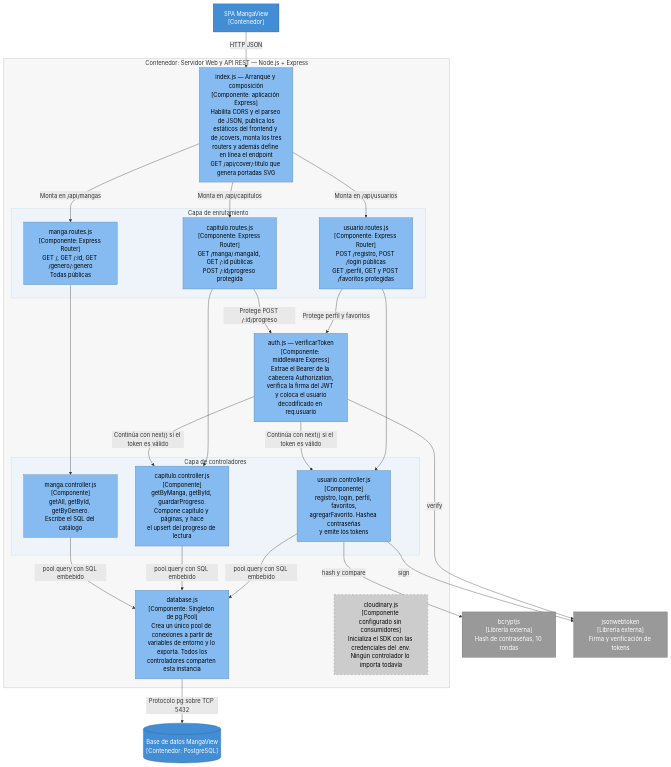
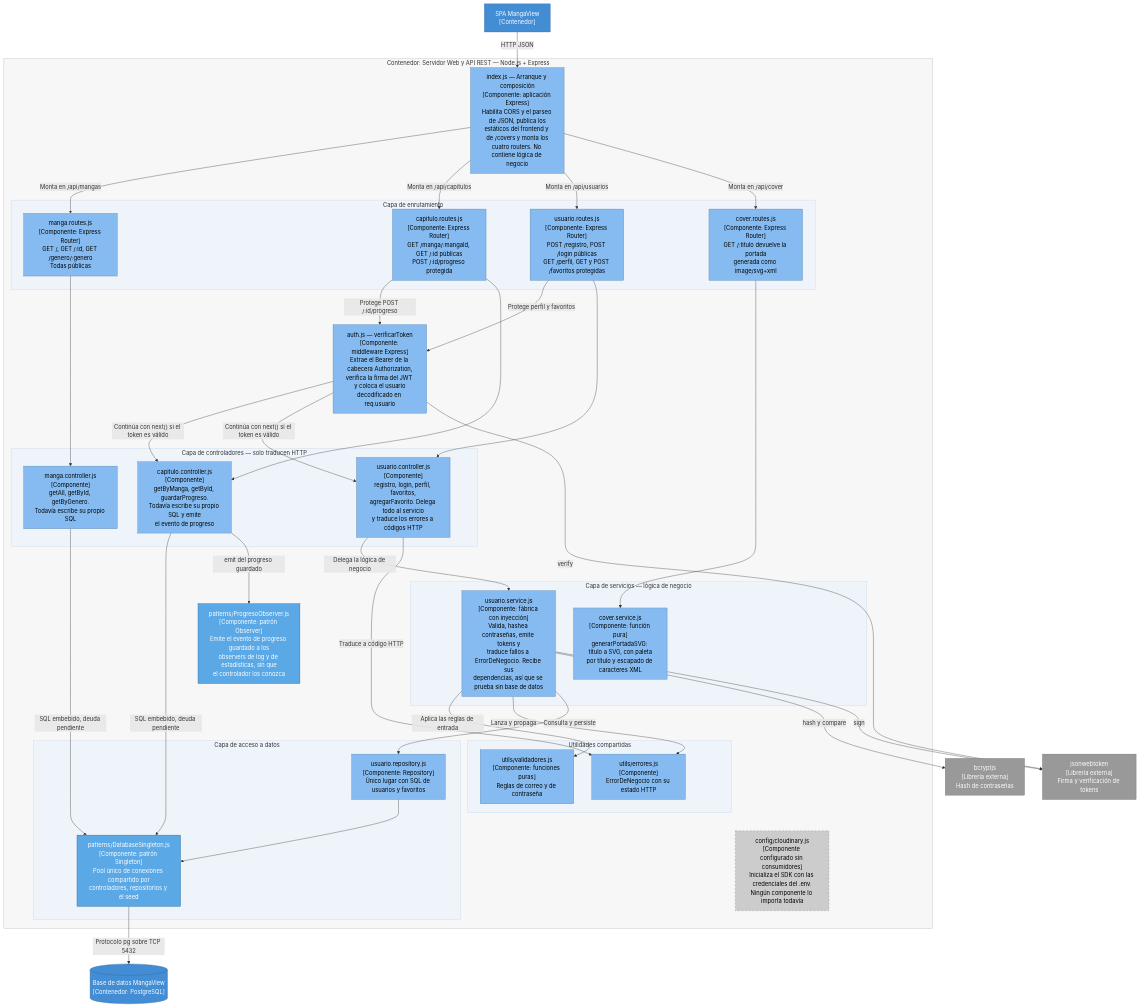
One commit to Robertotec2/MangaView changed the third of 4 diagrams in docs/C4-MangaView.md. Above: the diagram before and after it, drawn with Mermaid. The commit also changed other lines of this file, not shown here.

````diff
--- a/docs/C4-MangaView.md
+++ b/docs/C4-MangaView.md
@@ -181,34 +181,52 @@
     spa["SPA MangaView<br/>[Contenedor]"]
 
     subgraph apic["Contenedor: Servidor Web y API REST — Node.js + Express"]
-        bootstrap["index.js — Arranque y composición<br/>[Componente: aplicación Express]<br/>Habilita CORS y el parseo de JSON, publica los<br/>estáticos del frontend y de /covers, monta los tres<br/>routers y además define en línea el endpoint<br/>GET /api/cover/:titulo que genera portadas SVG"]
+        bootstrap["index.js — Arranque y composición<br/>[Componente: aplicación Express]<br/>Habilita CORS y el parseo de JSON, publica los<br/>estáticos del frontend y de /covers y monta los<br/>cuatro routers. No contiene lógica de negocio"]
 
         subgraph capaRutas["Capa de enrutamiento"]
             rMangas["manga.routes.js<br/>[Componente: Express Router]<br/>GET /, GET /:id, GET /genero/:genero<br/>Todas públicas"]
             rCaps["capitulo.routes.js<br/>[Componente: Express Router]<br/>GET /manga/:mangaId, GET /:id públicas<br/>POST /:id/progreso protegida"]
             rUsers["usuario.routes.js<br/>[Componente: Express Router]<br/>POST /registro, POST /login públicas<br/>GET /perfil, GET y POST /favoritos protegidas"]
+            rCover["cover.routes.js<br/>[Componente: Express Router]<br/>GET /:titulo devuelve la portada<br/>generada como image/svg+xml"]
         end
 
         auth["auth.js — verificarToken<br/>[Componente: middleware Express]<br/>Extrae el Bearer de la cabecera Authorization,<br/>verifica la firma del JWT y coloca el usuario<br/>decodificado en req.usuario"]
 
-        subgraph capaControl["Capa de controladores"]
-            cManga["manga.controller.js<br/>[Componente]<br/>getAll, getById, getByGenero.<br/>Escribe el SQL del catálogo"]
-            cCap["capitulo.controller.js<br/>[Componente]<br/>getByManga, getById, guardarProgreso.<br/>Compone capítulo y páginas, y hace<br/>el upsert del progreso de lectura"]
-            cUser["usuario.controller.js<br/>[Componente]<br/>registro, login, perfil, favoritos,<br/>agregarFavorito. Hashea contraseñas<br/>y emite los tokens"]
+        subgraph capaControl["Capa de controladores — solo traducen HTTP"]
+            cManga["manga.controller.js<br/>[Componente]<br/>getAll, getById, getByGenero.<br/>Todavía escribe su propio SQL"]
+            cCap["capitulo.controller.js<br/>[Componente]<br/>getByManga, getById, guardarProgreso.<br/>Todavía escribe su propio SQL y emite<br/>el evento de progreso"]
+            cUser["usuario.controller.js<br/>[Componente]<br/>registro, login, perfil, favoritos,<br/>agregarFavorito. Delega todo al servicio<br/>y traduce los errores a códigos HTTP"]
         end
 
-        dbcfg["database.js<br/>[Componente: Singleton de pg.Pool]<br/>Crea un único pool de conexiones a partir de<br/>variables de entorno y lo exporta. Todos los<br/>controladores comparten esta instancia"]
-        cloudcfg["cloudinary.js<br/>[Componente configurado sin consumidores]<br/>Inicializa el SDK con las credenciales del .env.<br/>Ningún controlador lo importa todavía"]
+        subgraph capaServicios["Capa de servicios — lógica de negocio"]
+            sUser["usuario.service.js<br/>[Componente: fábrica con inyección]<br/>Valida, hashea contraseñas, emite tokens y<br/>traduce fallos a ErrorDeNegocio. Recibe sus<br/>dependencias, así que se prueba sin base de datos"]
+            sCover["cover.service.js<br/>[Componente: función pura]<br/>generarPortadaSVG: título a SVG, con paleta<br/>por título y escapado de caracteres XML"]
+        end
+
+        subgraph capaDatos["Capa de acceso a datos"]
+            rUserRepo["usuario.repository.js<br/>[Componente: Repository]<br/>Único lugar con SQL de usuarios y favoritos"]
+            singleton["patterns/DatabaseSingleton.js<br/>[Componente: patrón Singleton]<br/>Pool único de conexiones compartido por<br/>controladores, repositorios y el seed"]
+        end
+
+        observer["patterns/ProgresoObserver.js<br/>[Componente: patrón Observer]<br/>Emite el evento de progreso guardado a los<br/>observers de log y de estadísticas, sin que<br/>el controlador los conozca"]
+
+        subgraph utils["Utilidades compartidas"]
+            validadores["utils/validadores.js<br/>[Componente: funciones puras]<br/>Reglas de correo y de contraseña"]
+            errores["utils/errores.js<br/>[Componente]<br/>ErrorDeNegocio con su estado HTTP"]
+        end
+
+        cloudcfg["config/cloudinary.js<br/>[Componente configurado sin consumidores]<br/>Inicializa el SDK con las credenciales del .env.<br/>Ningún componente lo importa todavía"]
     end
 
     db[("Base de datos MangaView<br/>[Contenedor: PostgreSQL]")]
-    libBcrypt["bcryptjs<br/>[Librería externa]<br/>Hash de contraseñas, 10 rondas"]
+    libBcrypt["bcryptjs<br/>[Librería externa]<br/>Hash de contraseñas"]
     libJwt["jsonwebtoken<br/>[Librería externa]<br/>Firma y verificación de tokens"]
 
     spa -->|"HTTP JSON"| bootstrap
     bootstrap -->|"Monta en /api/mangas"| rMangas
     bootstrap -->|"Monta en /api/capitulos"| rCaps
     bootstrap -->|"Monta en /api/usuarios"| rUsers
+    bootstrap -->|"Monta en /api/cover"| rCover
 
     rCaps -->|"Protege POST /:id/progreso"| auth
     rUsers -->|"Protege perfil y favoritos"| auth
@@ -218,26 +236,39 @@
     rMangas --> cManga
     rCaps --> cCap
     rUsers --> cUser
+    rCover --> sCover
 
-    cManga -->|"pool.query con SQL embebido"| dbcfg
-    cCap -->|"pool.query con SQL embebido"| dbcfg
-    cUser -->|"pool.query con SQL embebido"| dbcfg
-    dbcfg -->|"Protocolo pg sobre TCP 5432"| db
+    cUser -->|"Delega la lógica de negocio"| sUser
+    sUser -->|"Aplica las reglas de entrada"| validadores
+    sUser -->|"Lanza y propaga"| errores
+    cUser -->|"Traduce a código HTTP"| errores
+    sUser -->|"Consulta y persiste"| rUserRepo
 
-    cUser -->|"hash y compare"| libBcrypt
-    cUser -->|"sign"| libJwt
+    cManga -->|"SQL embebido, deuda pendiente"| singleton
+    cCap -->|"SQL embebido, deuda pendiente"| singleton
+    rUserRepo --> singleton
+    singleton -->|"Protocolo pg sobre TCP 5432"| db
+
+    cCap -->|"emit del progreso guardado"| observer
+
+    sUser -->|"hash y compare"| libBcrypt
+    sUser -->|"sign"| libJwt
     auth -->|"verify"| libJwt
 
     classDef contenedor fill:#438dd5,stroke:#2e6295,color:#ffffff
     classDef componente fill:#85bbf0,stroke:#5d82a8,color:#000000
-    classDef infra fill:#85bbf0,stroke:#5d82a8,color:#000000
+    classDef patron fill:#5aa9e6,stroke:#2e6295,color:#ffffff
     classDef externo fill:#999999,stroke:#6b6b6b,color:#ffffff
     classDef inactivo fill:#cccccc,stroke:#8a8a8a,color:#000000,stroke-dasharray: 5 5
     class spa,db contenedor
-    class bootstrap,rMangas,rCaps,rUsers,auth,cManga,cCap,cUser,dbcfg componente
+    class bootstrap,rMangas,rCaps,rUsers,rCover,auth,cManga,cCap,cUser,sUser,sCover,rUserRepo,validadores,errores componente
+    class singleton,observer patron
     class cloudcfg inactivo
     class libBcrypt,libJwt externo
     style apic fill:#f7f7f7,stroke:#bbbbbb
     style capaRutas fill:#eef4fa,stroke:#c3d5e6
     style capaControl fill:#eef4fa,stroke:#c3d5e6
+    style capaServicios fill:#eef4fa,stroke:#c3d5e6
+    style capaDatos fill:#eef4fa,stroke:#c3d5e6
+    style utils fill:#eef4fa,stroke:#c3d5e6
 ```
````
